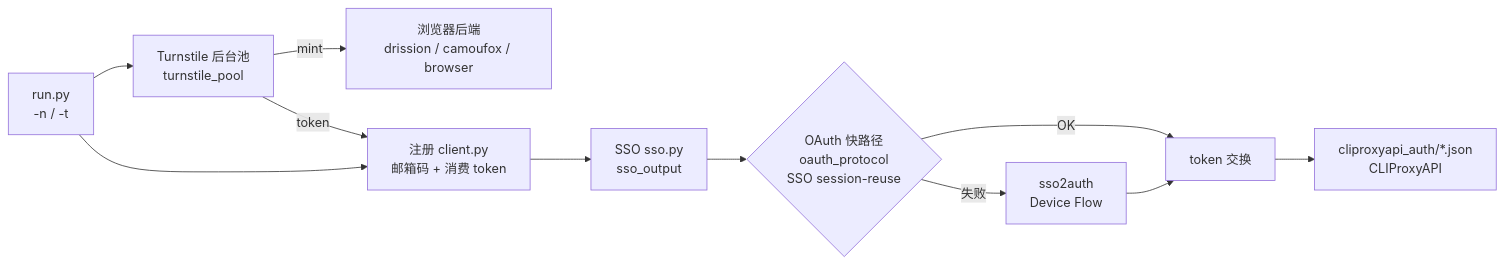
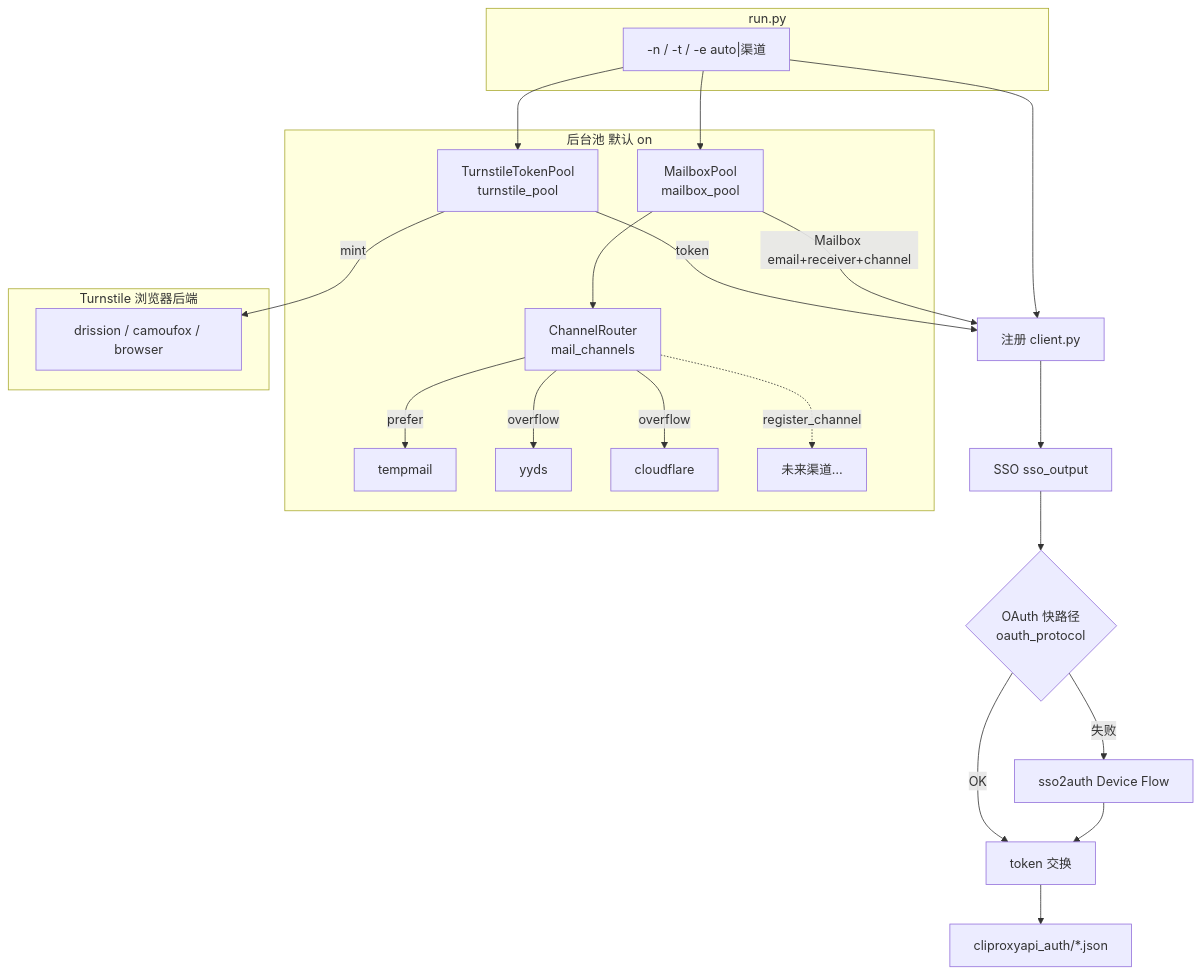
One commit to starlight02/grok-build-auth changed the diagram in README.md. Above: the diagram before and after it, drawn with Mermaid. The commit also changed other lines of this file and 9 other files, not shown here.

Commit message:
feat(mail): multi-channel pool with prefer-overflow routing and quota classifiers

````diff
--- a/README.md
+++ b/README.md
@@ -64,13 +65,34 @@
 ```mermaid
-flowchart LR
-    A[run.py<br/>-n / -t] --> P[Turnstile 后台池<br/>turnstile_pool]
-    P -->|mint| S[浏览器后端<br/>drission / camoufox / browser]
-    A --> B[注册 client.py<br/>邮箱码 + 消费 token]
-    P -->|token| B
-    B --> C[SSO sso.py<br/>sso_output]
-    C --> D{OAuth 快路径<br/>oauth_protocol<br/>SSO session-reuse}
+flowchart TB
+    subgraph entry [run.py]
+      A["-n / -t / -e auto|渠道"]
+    end
+
+    subgraph pools [后台池 默认 on]
+      TP[TurnstileTokenPool<br/>turnstile_pool]
+      MP[MailboxPool<br/>mailbox_pool]
+      R[ChannelRouter<br/>mail_channels]
+      MP --> R
+      R -->|prefer| TM[tempmail]
+      R -->|overflow| YY[yyds]
+      R -->|overflow| CF[cloudflare]
+      R -.->|register_channel| X[未来渠道…]
+    end
+
+    subgraph browser [Turnstile 浏览器后端]
+      S[drission / camoufox / browser]
+    end
+
+    A --> TP
+    A --> MP
+    TP -->|mint| S
+    A --> B[注册 client.py]
+    TP -->|token| B
+    MP -->|Mailbox email+receiver+channel| B
+    B --> C[SSO sso_output]
+    C --> D{OAuth 快路径<br/>oauth_protocol}
     D -->|OK| E[token 交换]
-    D -->|失败| F[sso2auth<br/>Device Flow]
+    D -->|失败| F[sso2auth Device Flow]
     F --> E
-    E --> G[cliproxyapi_auth/*.json<br/>CLIProxyAPI]
+    E --> G[cliproxyapi_auth/*.json]
 ```
````
